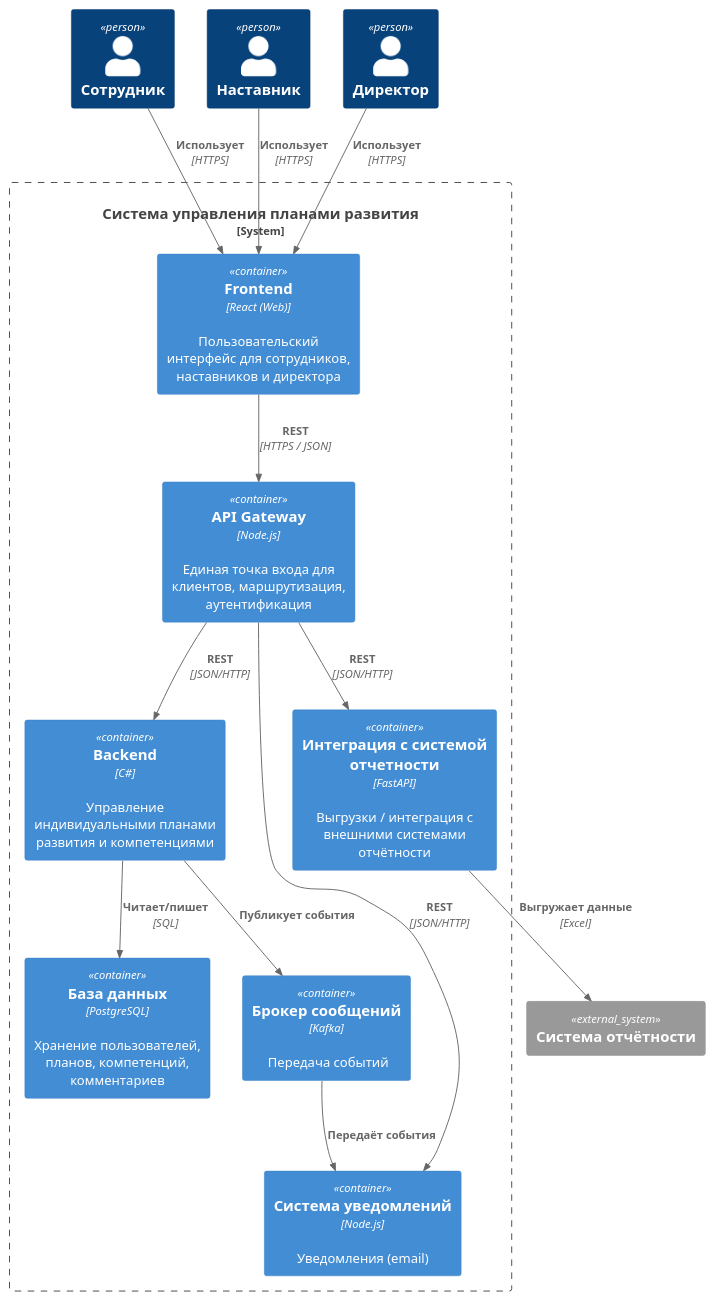
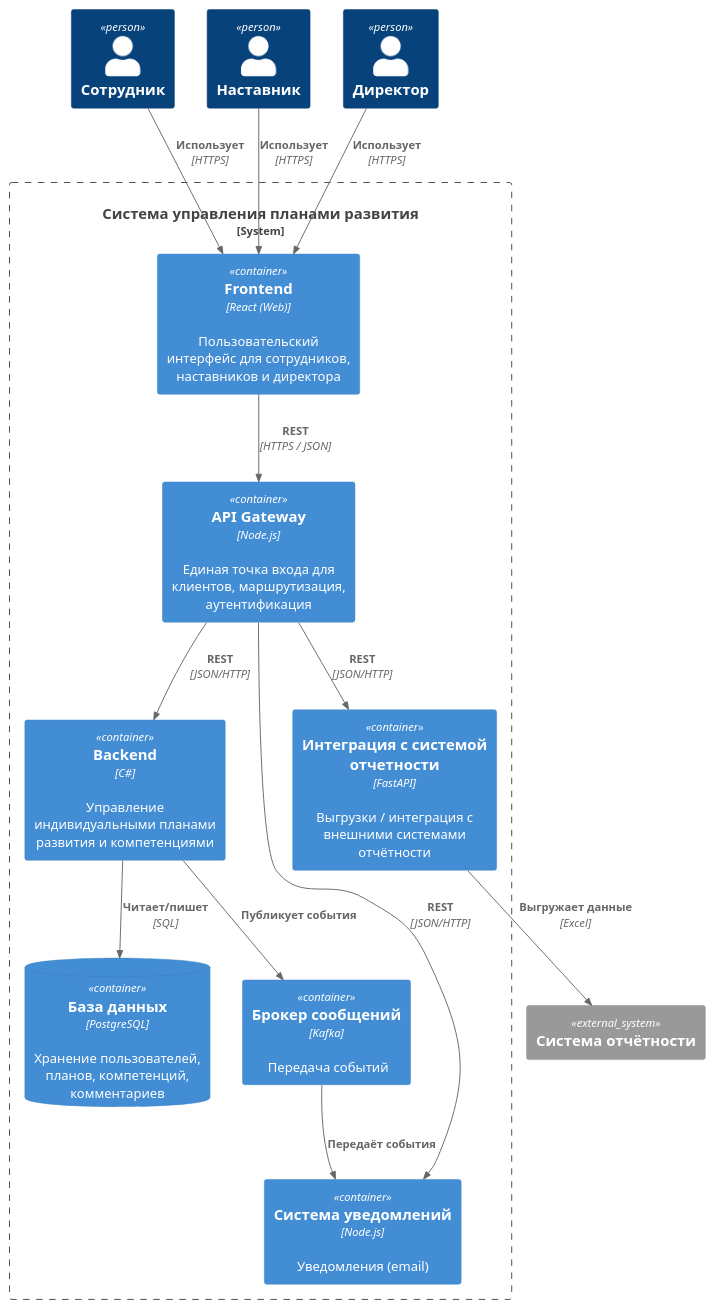
The diagram in Lab Work №2/src/containers.puml (EugenMusihin/egmusikhin-arch-system), drawn with PlantUML before and after one commit. The commit also changed 6 other files, not shown here.

Commit message:
fixed diagramms

```diff
--- a/Lab Work №2/src/containers.puml
+++ b/Lab Work №2/src/containers.puml
@@ -1,38 +1,38 @@
 @startuml
 !includeurl https://raw.githubusercontent.com/plantuml-stdlib/C4-PlantUML/master/C4_Container.puml
 
 Person(employee, "Сотрудник")
 Person(mentor, "Наставник")
 Person(director, "Директор")
 
 System_Boundary(sys, "Система управления планами развития") {
 
   Container(frontend, "Frontend", "React (Web)", "Пользовательский интерфейс для сотрудников, наставников и директора")
   Container(apiGateway, "API Gateway", "Node.js", "Единая точка входа для клиентов, маршрутизация, аутентификация")
   Container(backend, "Backend", "С#", "Управление индивидуальными планами развития и компетенциями")
   Container(notificationService, "Система уведомлений", "Node.js", "Уведомления (email)")
   Container(integrationService, "Интеграция с системой отчетности", "FastAPI", "Выгрузки / интеграция с внешними системами отчётности")
-  Container(db, "База данных", "PostgreSQL", "Хранение пользователей, планов, компетенций, комментариев")
+  ContainerDb(db, "База данных", "PostgreSQL", "Хранение пользователей, планов, компетенций, комментариев")
   Container(messageBroker, "Брокер сообщений", "Kafka", " Передача событий")
 
 }
 
 System_Ext(reporting, "Система отчётности")
 
 Rel(employee, frontend, "Использует", "HTTPS")
 Rel(mentor, frontend, "Использует", "HTTPS")
 Rel(director, frontend, "Использует", "HTTPS")
 
 Rel(frontend, apiGateway, "REST", "HTTPS / JSON")
 Rel(apiGateway, backend, "REST", "JSON/HTTP")
 Rel(apiGateway, notificationService, "REST", "JSON/HTTP")
 Rel(apiGateway, integrationService, "REST", "JSON/HTTP")
 
 Rel(backend, db, "Читает/пишет", "SQL")
 
 Rel(backend, messageBroker, "Публикует события")
 
 Rel(messageBroker, notificationService, "Передаёт события")
 Rel(integrationService, reporting, "Выгружает данные", "Excel")
 
 @enduml
```
